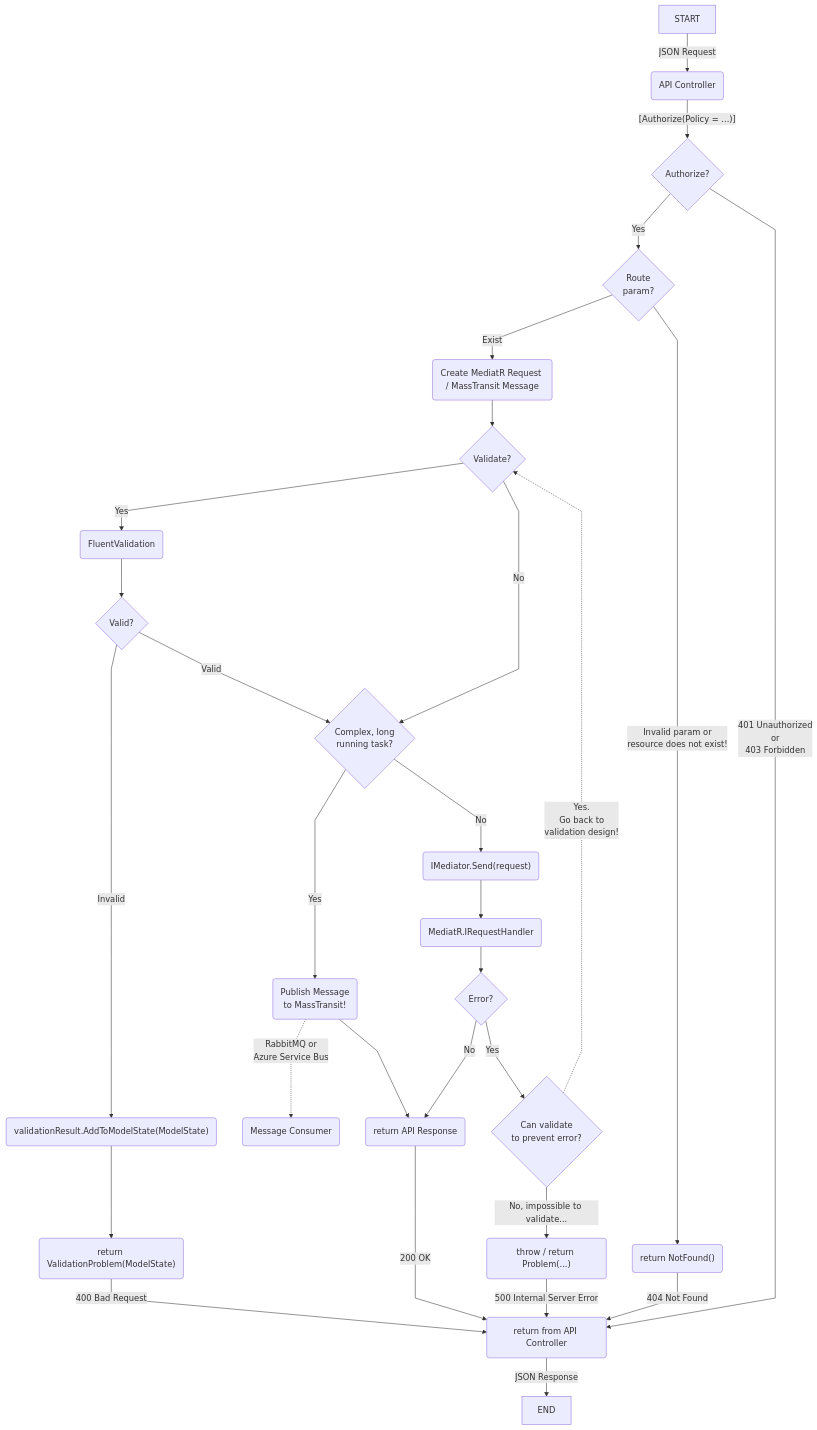
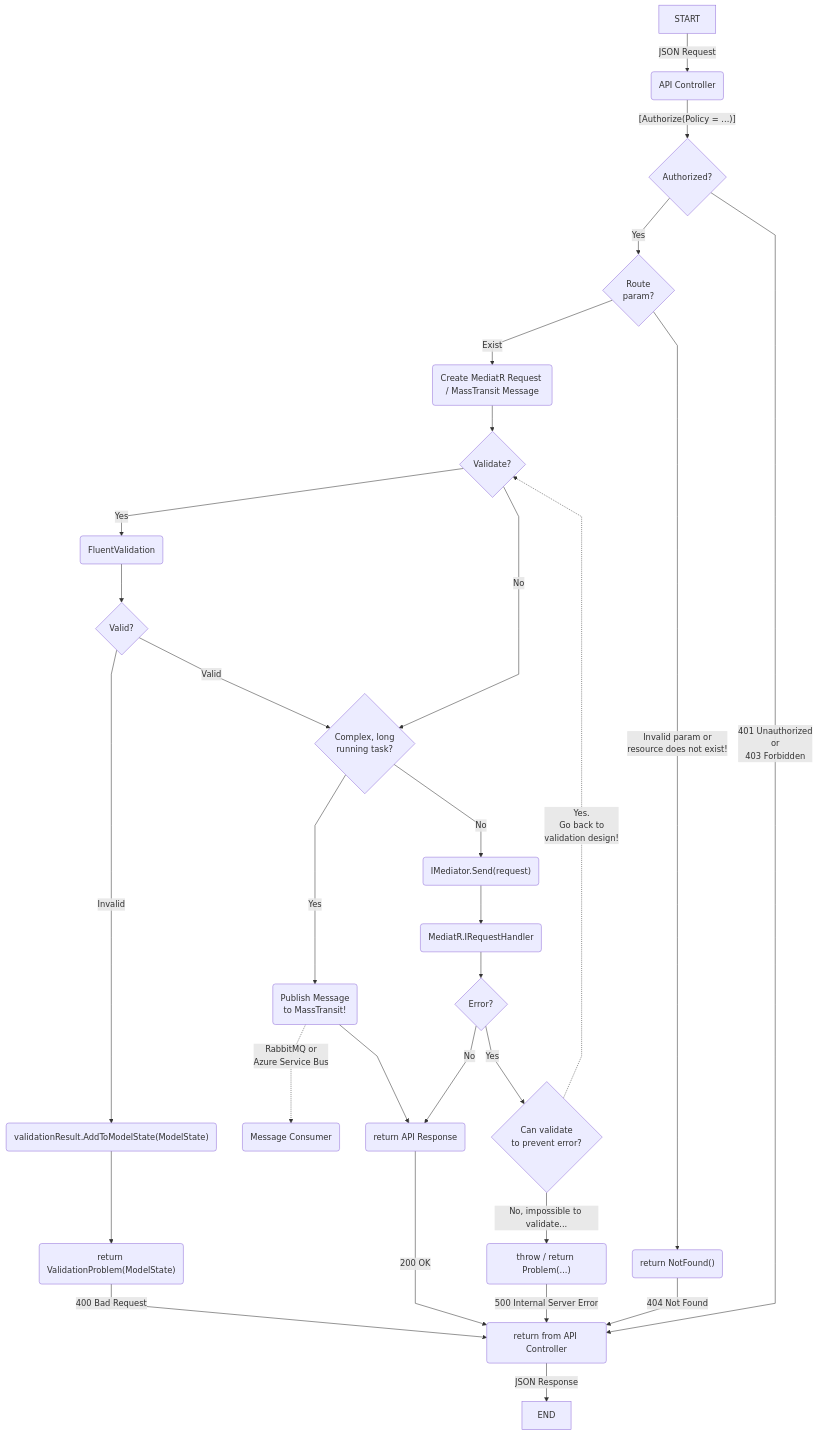
The diagram in README.md (accelist/Accelist.WebApiStandard), drawn with Mermaid before and after one commit.

Commit message:
Fix Authorized? label in diagram

````diff
--- a/README.md
+++ b/README.md
@@ -80,32 +80,32 @@
 ```mermaid
 %%{init: {'flowchart' : {'curve' : 'linear'}}}%%
 graph TD
     START --> |JSON Request| A(API Controller)
-    A --> |"[Authorize(Policy = ...)]"|AUTH{Authorize?}
+    A --> |"[Authorize(Policy = ...)]"|AUTH{Authorized?}
     AUTH --> |Yes| R{Route<br/>param?}
     AUTH --> |401 Unauthorized<br/>or<br/>403 Forbidden| BACK
     R --> |Exist| B(Create MediatR Request / MassTransit Message)
     R --> |Invalid param or <br/> resource does not exist!| R404("return NotFound()")
     R404 --> |404 Not Found| BACK
     B --> C{Validate?}
     C --> |Yes| D1(FluentValidation)
     C --> |No| F2
     D1 --> E{Valid?}
     E --> |Invalid| F400("validationResult.AddToModelState(ModelState)")
     E --> |Valid| F2
     F400 --> G400("return ValidationProblem(ModelState)")
     G400 --> |400 Bad Request| BACK
     F2{Complex, long<br/>running task?} --> |Yes| KBUS("Publish Message<br/>to MassTransit!")
     F2 --> |No| G
     G("IMediator.Send(request)") --> GX(MediatR.IRequestHandler)
     GX --> Catch{Error?}
     Catch --> |No| L200
     Catch --> |Yes| H500{Can validate<br/>to prevent error?}
     KBUS -.RabbitMQ or<br/>Azure Service Bus.-> MBUS(Message Consumer)
     KBUS --> L200
     L200("return API Response") --> |200 OK|BACK
     H500 -."Yes.<br/>Go back to<br/>validation design!".-> C
     H500 --> |No, impossible to validate...|I500("throw / return Problem(...)")
     I500 --> |500 Internal Server Error| BACK
     BACK(return from API Controller) --> |JSON Response| END
 ```
````
